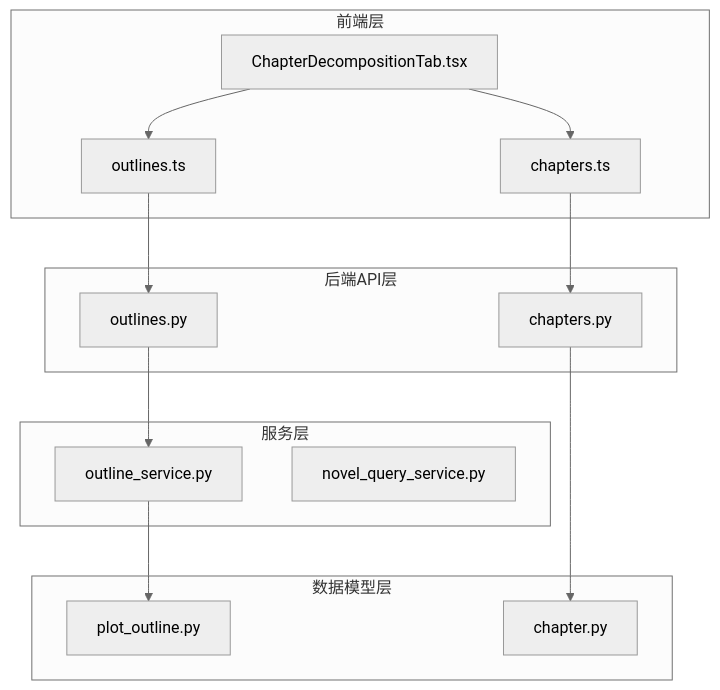
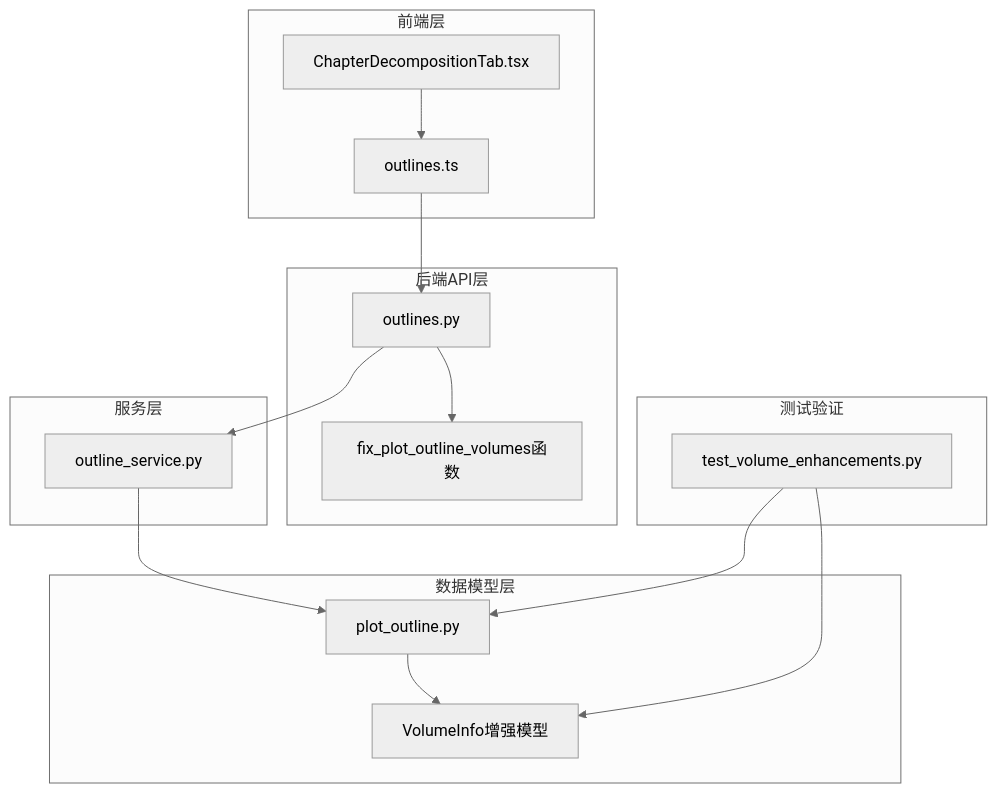
Before and after one commit to xfbyxq/ai-novel-system: the first of 9 diagrams in .qoder/repowiki/zh/content/Chapter Decomposition Tab.md, drawn with Mermaid (neutral theme). The commit also changed other lines of this file and 11 other files, not shown here.

````diff
--- a/.qoder/repowiki/zh/content/Chapter Decomposition Tab.md
+++ b/.qoder/repowiki/zh/content/Chapter Decomposition Tab.md
@@ -39,27 +46,29 @@
 ```mermaid
 graph TB
 subgraph "前端层"
 A[ChapterDecompositionTab.tsx]
 B[outlines.ts]
-C[chapters.ts]
 end
 subgraph "后端API层"
-D[outlines.py]
-E[chapters.py]
+C[outlines.py]
+D[fix_plot_outline_volumes函数]
 end
 subgraph "服务层"
-F[outline_service.py]
-G[novel_query_service.py]
+E[outline_service.py]
 end
 subgraph "数据模型层"
-H[plot_outline.py]
-I[chapter.py]
+F[plot_outline.py]
+G[VolumeInfo增强模型]
+end
+subgraph "测试验证"
+H[test_volume_enhancements.py]
 end
 A --> B
-B --> D
-D --> F
-F --> H
-A --> C
+B --> C
+C --> D
 C --> E
-E --> I
+E --> F
+F --> G
+H --> F
+H --> G
 ```
````
